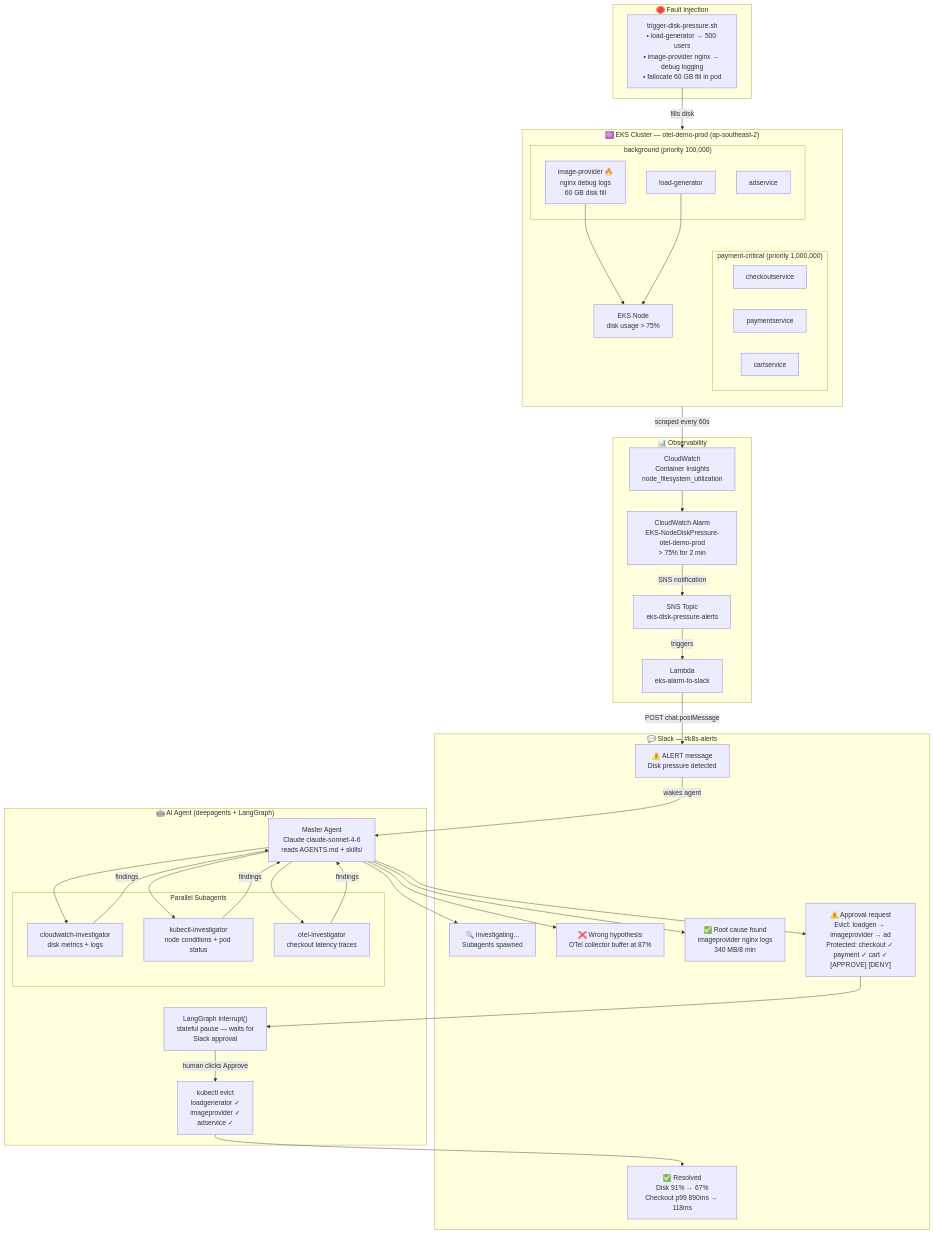
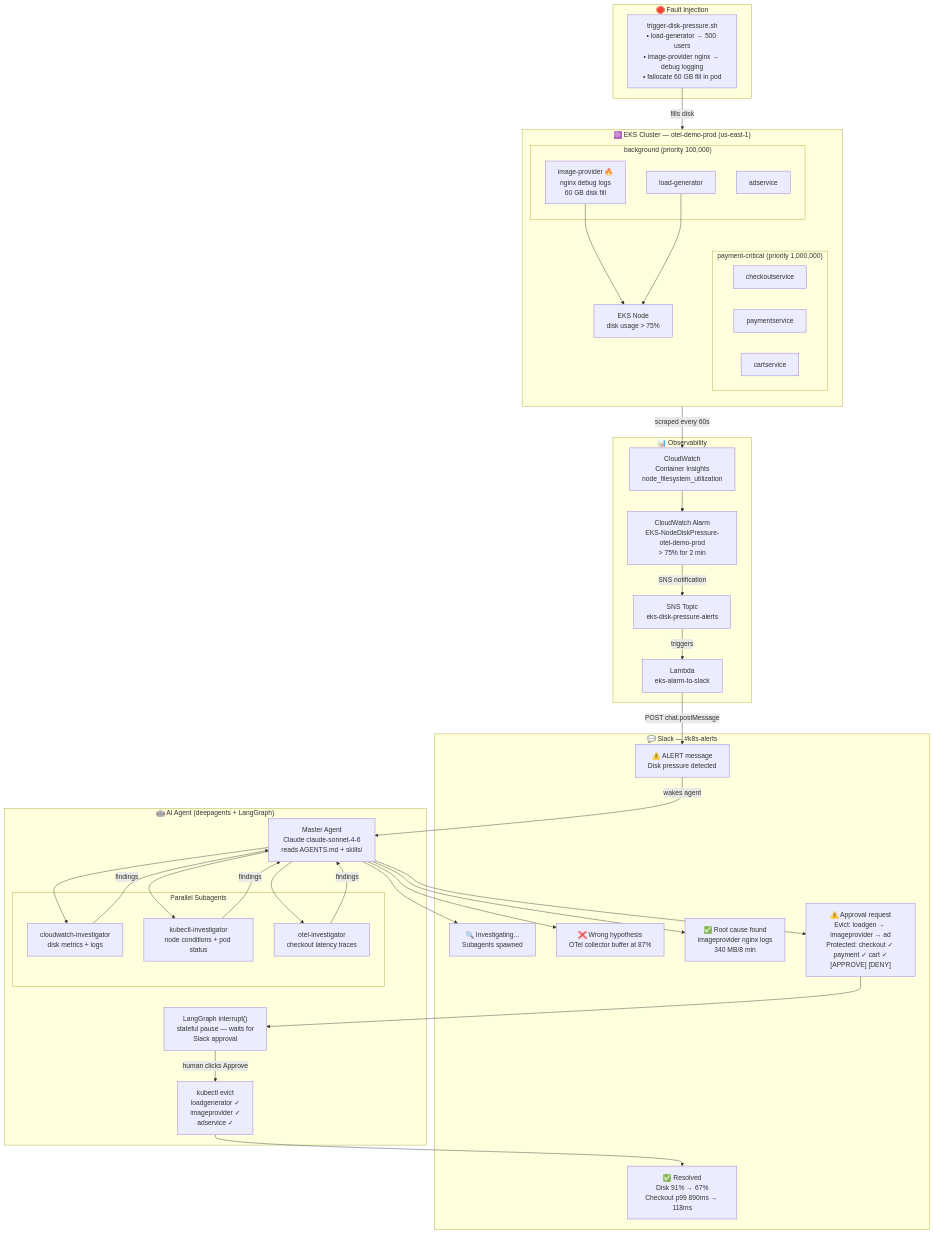
Before and after one commit to dipinthomas/k8s-deep-agent: the diagram in README.md, drawn with Mermaid. The commit also changed other lines of this file and 18 other files, not shown here.

First line of the commit message:
Migrate region from ap-southeast-2 to us-east-1; harden destroy.sh

````diff
--- a/README.md
+++ b/README.md
@@ -11,68 +11,68 @@
 ```mermaid
 flowchart TD
     subgraph INJECT["🔴 Fault Injection"]
         FI["trigger-disk-pressure.sh\n• load-generator → 500 users\n• image-provider nginx → debug logging\n• fallocate 60 GB fill in pod"]
     end
 
-    subgraph EKS["☸️ EKS Cluster — otel-demo-prod (ap-southeast-2)"]
+    subgraph EKS["☸️ EKS Cluster — otel-demo-prod (us-east-1)"]
         direction TB
         subgraph CRITICAL["payment-critical (priority 1,000,000)"]
             CO["checkoutservice"]
             PA["paymentservice"]
             CA["cartservice"]
         end
         subgraph EVICTABLE["background (priority 100,000)"]
             LG["load-generator"]
             IP["image-provider 🔥\nnginx debug logs\n60 GB disk fill"]
             AD["adservice"]
         end
         NODE["EKS Node\ndisk usage > 75%"]
         IP --> NODE
         LG --> NODE
     end
 
     subgraph OBS["📊 Observability"]
         CI["CloudWatch\nContainer Insights\nnode_filesystem_utilization"]
         ALARM["CloudWatch Alarm\nEKS-NodeDiskPressure-otel-demo-prod\n> 75% for 2 min"]
         SNS["SNS Topic\neks-disk-pressure-alerts"]
         LAMBDA["Lambda\neks-alarm-to-slack"]
     end
 
     subgraph SLACK["💬 Slack — #k8s-alerts"]
         ALERT["⚠️ ALERT message\nDisk pressure detected"]
         UPDATE1["🔍 Investigating...\nSubagents spawned"]
         WRONG["❌ Wrong hypothesis\nOTel collector buffer at 87%"]
         RIGHT["✅ Root cause found\nimageprovider nginx logs\n340 MB/8 min"]
         APPROVAL["⚠️ Approval request\nEvict: loadgen → imageprovider → ad\nProtected: checkout ✓ payment ✓ cart ✓\n[APPROVE] [DENY]"]
         RESOLVED["✅ Resolved\nDisk 91% → 67%\nCheckout p99 890ms → 118ms"]
     end
 
     subgraph AGENT["🤖 AI Agent (deepagents + LangGraph)"]
         MASTER["Master Agent\nClaude claude-sonnet-4-6\nreads AGENTS.md + skills/"]
         subgraph SUBAGENTS["Parallel Subagents"]
             SA1["cloudwatch-investigator\ndisk metrics + logs"]
             SA2["kubectl-investigator\nnode conditions + pod status"]
             SA3["otel-investigator\ncheckout latency traces"]
         end
         INTERRUPT["LangGraph interrupt()\nstateful pause — waits for\nSlack approval"]
         EVICT["kubectl evict\nloadgenerator ✓\nimageprovider ✓\nadservice ✓"]
     end
 
     FI -->|fills disk| IP
     NODE -->|scraped every 60s| CI
     CI --> ALARM
     ALARM -->|SNS notification| SNS
     SNS -->|triggers| LAMBDA
     LAMBDA -->|POST chat.postMessage| ALERT
 
     ALERT -->|wakes agent| MASTER
     MASTER --> UPDATE1
     MASTER --> SA1 & SA2 & SA3
     SA1 & SA2 & SA3 -->|findings| MASTER
     MASTER --> WRONG
     MASTER --> RIGHT
     MASTER --> APPROVAL
     APPROVAL --> INTERRUPT
     INTERRUPT -->|human clicks Approve| EVICT
     EVICT --> RESOLVED
 ```
````
